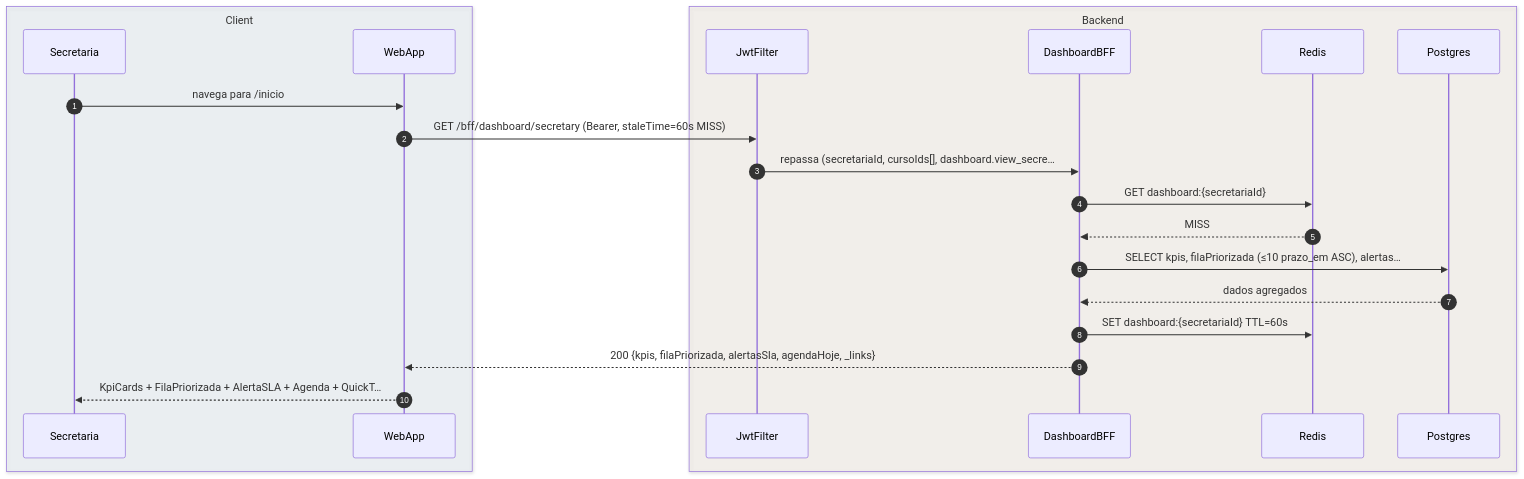
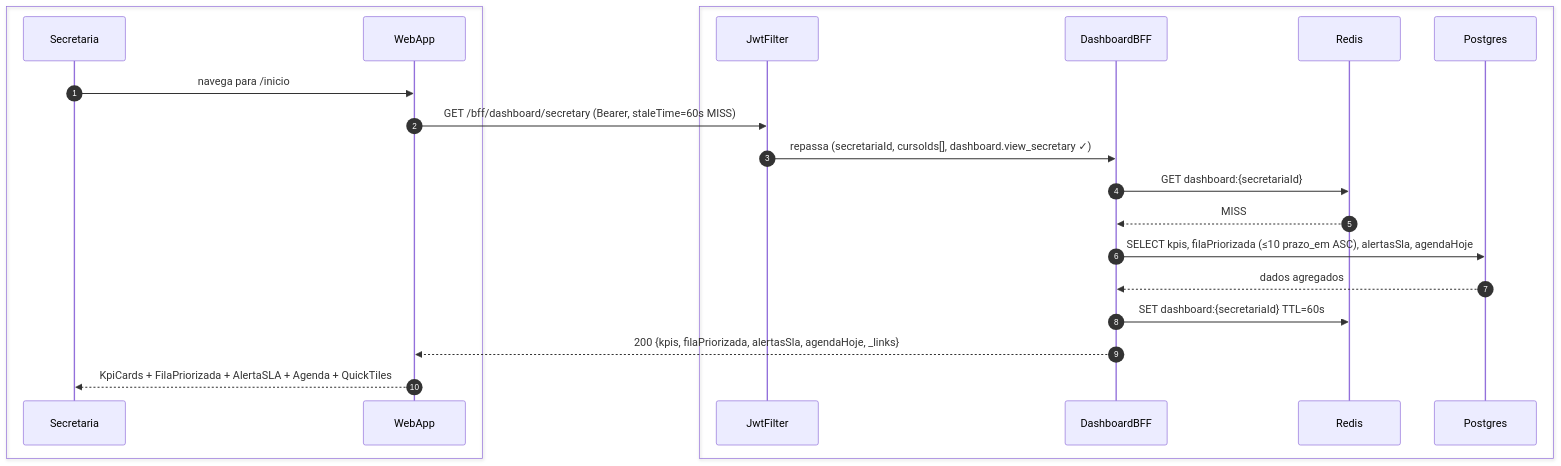
Before and after one commit to umishell/secretariaOnline2: the first of 3 diagrams in foundationDocs/sequenceDiagrams/F5 — Secretaria/US-F5-001-DASHBOARD.md, drawn with Mermaid. The commit also changed other lines of this file and 70 other files, not shown here.

First line of the commit message:
Enhance database documentation and introduce new schema files

````diff
--- a/foundationDocs/sequenceDiagrams/F5 — Secretaria/US-F5-001-DASHBOARD.md
+++ b/foundationDocs/sequenceDiagrams/F5 — Secretaria/US-F5-001-DASHBOARD.md
@@ -57,25 +57,25 @@
 ```mermaid
 sequenceDiagram
     autonumber
-    box rgba(230,245,255,0.3) Client
+    box #e8f4fc Cliente
         participant Secretaria
         participant WebApp
     end
-    box rgba(255,245,230,0.3) Backend
+    box #fff8ee Servidor
         participant JwtFilter
         participant DashboardBFF
         participant Redis
         participant Postgres
     end
 
     Secretaria->>WebApp: navega para /inicio
     WebApp->>JwtFilter: GET /bff/dashboard/secretary (Bearer, staleTime=60s MISS)
-    JwtFilter->>DashboardBFF: repassa (secretariaId, cursoIds[], dashboard.view_secre…
+    JwtFilter->>DashboardBFF: repassa (secretariaId, cursoIds[], dashboard.view_secretary ✓)
     DashboardBFF->>Redis: GET dashboard:{secretariaId}
     Redis-->>DashboardBFF: MISS
-    DashboardBFF->>Postgres: SELECT kpis, filaPriorizada (≤10 prazo_em ASC), alertas…
+    DashboardBFF->>Postgres: SELECT kpis, filaPriorizada (≤10 prazo_em ASC), alertasSla, agendaHoje
     Postgres-->>DashboardBFF: dados agregados
     DashboardBFF->>Redis: SET dashboard:{secretariaId} TTL=60s
     DashboardBFF-->>WebApp: 200 {kpis, filaPriorizada, alertasSla, agendaHoje, _links}
-    WebApp-->>Secretaria: KpiCards + FilaPriorizada + AlertaSLA + Agenda + QuickT…
+    WebApp-->>Secretaria: KpiCards + FilaPriorizada + AlertaSLA + Agenda + QuickTiles
 ```
````
